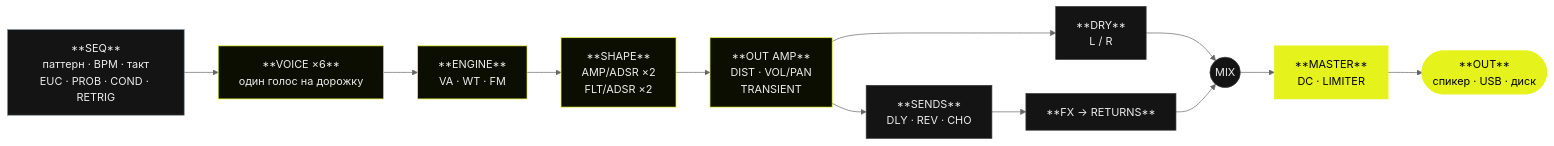
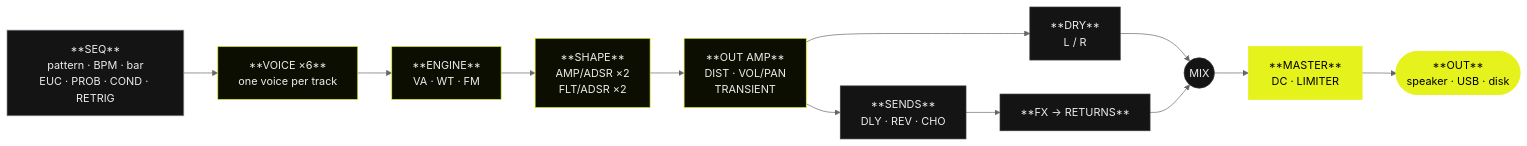
The diagram in README.md (RAWJUNGLE/M-WORM), drawn with Mermaid (neutral theme) before and after one commit. The commit also changed other lines of this file, not shown here.

````diff
--- a/README.md
+++ b/README.md
@@ -25,28 +27,29 @@
 ```mermaid
+%%{init: {"flowchart": {"diagramPadding": 150}}}%%
 flowchart LR
-    SEQ["**SEQ**<br/>паттерн · BPM · такт<br/>EUC · PROB · COND · RETRIG"]
-    V["**VOICE ×6**<br/>один голос на дорожку"]
+    SEQ["**SEQ**<br/>pattern · BPM · bar<br/>EUC · PROB · COND · RETRIG"]
+    V["**VOICE ×6**<br/>one voice per track"]
     E["**ENGINE**<br/>VA · WT · FM"]
     S["**SHAPE**<br/>AMP/ADSR ×2<br/>FLT/ADSR ×2"]
     O["**OUT AMP**<br/>DIST · VOL/PAN<br/>TRANSIENT"]
     D["**DRY**<br/>L / R"]
     SND["**SENDS**<br/>DLY · REV · CHO"]
     FX["**FX → RETURNS**"]
     MIX(("MIX"))
     M["**MASTER**<br/>DC · LIMITER"]
-    OUT(["**OUT**<br/>спикер · USB · диск"])
+    OUT(["**OUT**<br/>speaker · USB · disk"])
 
     SEQ --> V --> E --> S --> O
     O --> D --> MIX
     O --> SND --> FX --> MIX
     MIX --> M --> OUT
 
     classDef seq fill:#141414,stroke:#8792a0,color:#ececec;
     classDef voice fill:#0d0e02,stroke:#e5f21c,color:#ececec;
     classDef bus fill:#141414,stroke:#3a3a3a,color:#ececec;
     classDef out fill:#e5f21c,stroke:#e5f21c,color:#000000;
     class SEQ seq;
     class V,E,S,O voice;
     class D,SND,FX,MIX bus;
     class M,OUT out;
 ```
````
